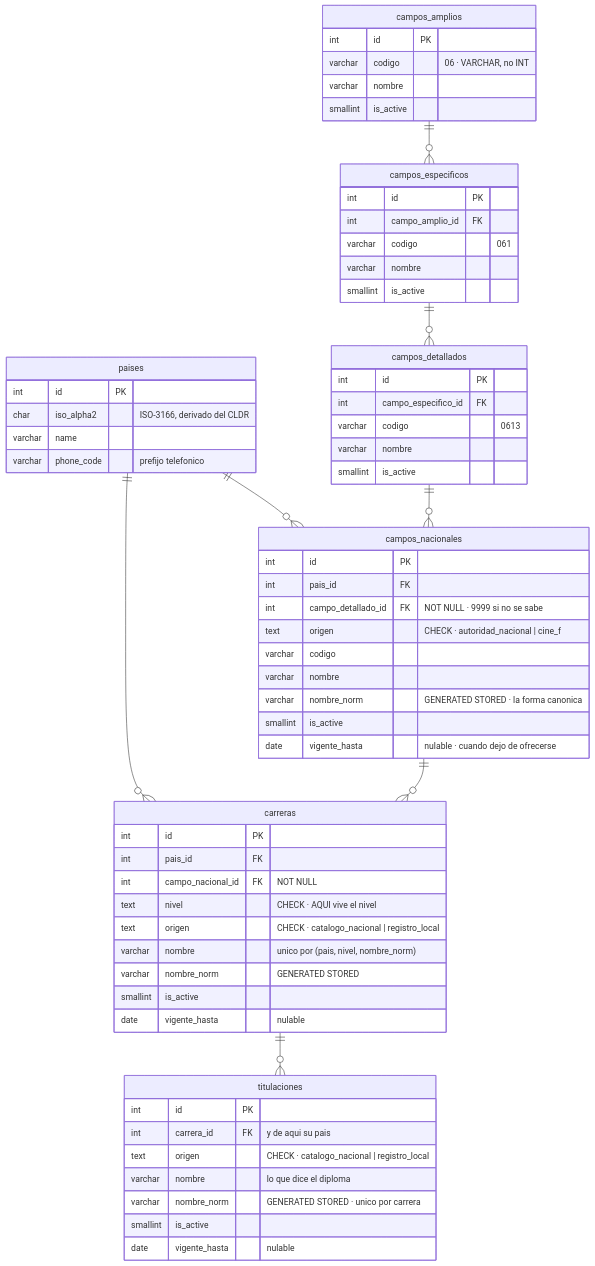
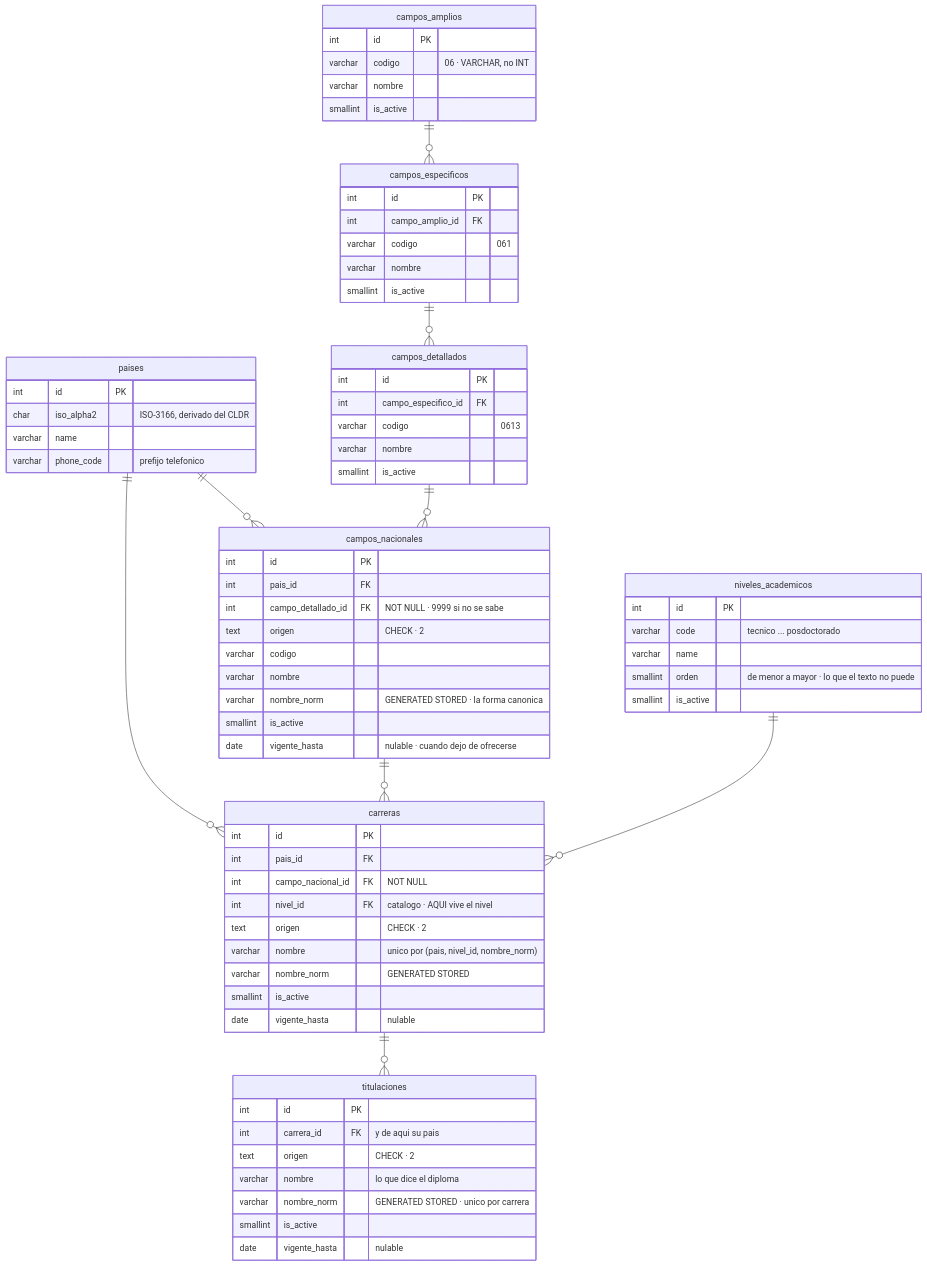
One commit to fresvel/deasy changed the fifth of 8 diagrams in docs/src/content/docs/complemento/expediente.md. Above: the diagram before and after it, drawn with Mermaid. The commit also changed other lines of this file and 2 other files, not shown here.

```diff
--- a/docs/src/content/docs/complemento/expediente.md
+++ b/docs/src/content/docs/complemento/expediente.md
@@ -349,6 +353,7 @@
   campos_especificos ||--o{ campos_detallados : ""
   campos_detallados ||--o{ campos_nacionales : ""
   campos_nacionales ||--o{ carreras : ""
+  niveles_academicos ||--o{ carreras : ""
   carreras ||--o{ titulaciones : ""
 
   paises {
@@ -385,7 +390,7 @@
     int id PK
     int pais_id FK
     int campo_detallado_id FK "NOT NULL · 9999 si no se sabe"
-    text origen "CHECK · autoridad_nacional | cine_f"
+    text origen "CHECK · 2"
     varchar codigo
     varchar nombre
     varchar nombre_norm "GENERATED STORED · la forma canonica"
@@ -393,13 +398,21 @@
     date vigente_hasta "nulable · cuando dejo de ofrecerse"
   }
 
+  niveles_academicos {
+    int id PK
+    varchar code "tecnico ... posdoctorado"
+    varchar name
+    smallint orden "de menor a mayor · lo que el texto no puede"
+    smallint is_active
+  }
+
   carreras {
     int id PK
     int pais_id FK
     int campo_nacional_id FK "NOT NULL"
-    text nivel "CHECK · AQUI vive el nivel"
-    text origen "CHECK · catalogo_nacional | registro_local"
-    varchar nombre "unico por (pais, nivel, nombre_norm)"
+    int nivel_id FK "catalogo · AQUI vive el nivel"
+    text origen "CHECK · 2"
+    varchar nombre "unico por (pais, nivel_id, nombre_norm)"
     varchar nombre_norm "GENERATED STORED"
     smallint is_active
     date vigente_hasta "nulable"
@@ -408,7 +421,7 @@
   titulaciones {
     int id PK
     int carrera_id FK "y de aqui su pais"
-    text origen "CHECK · catalogo_nacional | registro_local"
+    text origen "CHECK · 2"
     varchar nombre "lo que dice el diploma"
     varchar nombre_norm "GENERATED STORED · unico por carrera"
     smallint is_active
```
